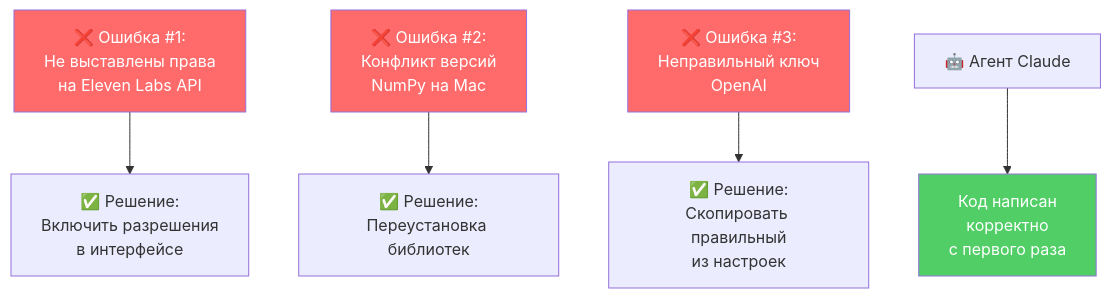
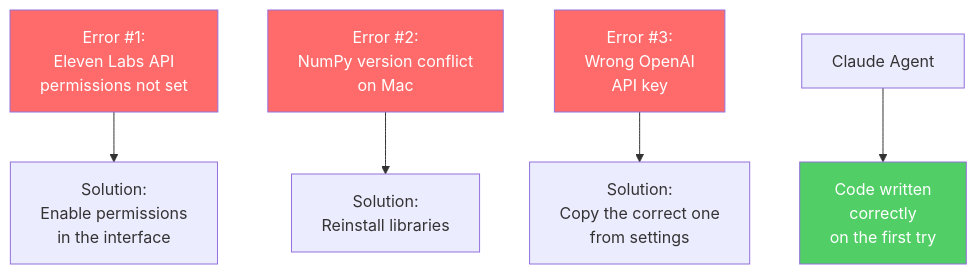
Before and after one commit to ad3002/masters-course-2025-vibe-coding: the sixth of 16 diagrams in materials/workshop4.md, drawn with Mermaid. The commit also changed other lines of this file, not shown here.

````diff
--- a/materials/workshop4.md
+++ b/materials/workshop4.md
@@ -229,15 +229,15 @@
 ```mermaid
 graph TD
-    E1[❌ Ошибка #1:<br/>Не выставлены права<br/>на Eleven Labs API] --> FIX1[✅ Решение:<br/>Включить разрешения<br/>в интерфейсе]
+    E1[Error #1:<br/>Eleven Labs API<br/>permissions not set] --> FIX1[Solution:<br/>Enable permissions<br/>in the interface]
 
-    E2[❌ Ошибка #2:<br/>Конфликт версий<br/>NumPy на Mac] --> FIX2[✅ Решение:<br/>Переустановка библиотек]
+    E2[Error #2:<br/>NumPy version conflict<br/>on Mac] --> FIX2[Solution:<br/>Reinstall libraries]
 
-    E3[❌ Ошибка #3:<br/>Неправильный ключ<br/>OpenAI] --> FIX3[✅ Решение:<br/>Скопировать правильный<br/>из настроек]
+    E3[Error #3:<br/>Wrong OpenAI<br/>API key] --> FIX3[Solution:<br/>Copy the correct one<br/>from settings]
 
-    AI[🤖 Агент Claude] --> CODE[Код написан<br/>корректно<br/>с первого раза]
+    AI[Claude Agent] --> CODE[Code written<br/>correctly<br/>on the first try]
 
     style E1 fill:#ff6b6b,color:#fff
     style E2 fill:#ff6b6b,color:#fff
     style E3 fill:#ff6b6b,color:#fff
     style CODE fill:#51cf66,color:#fff
 ```
````
